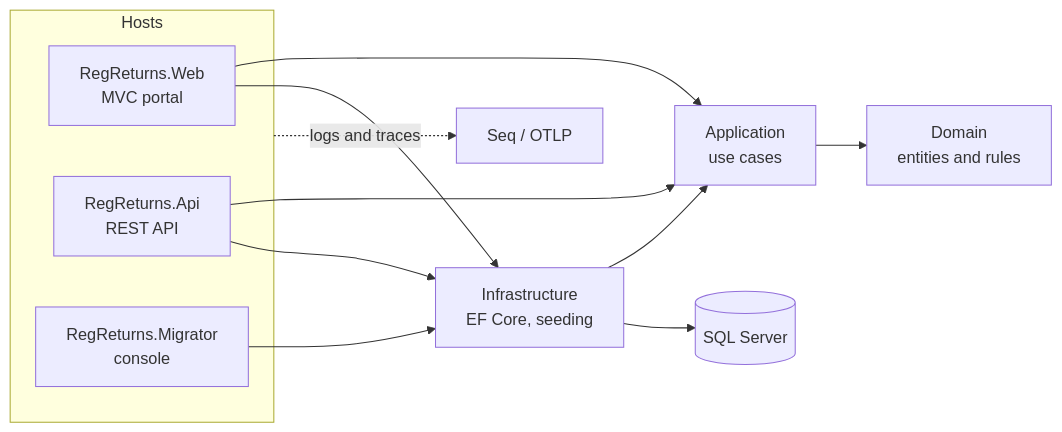
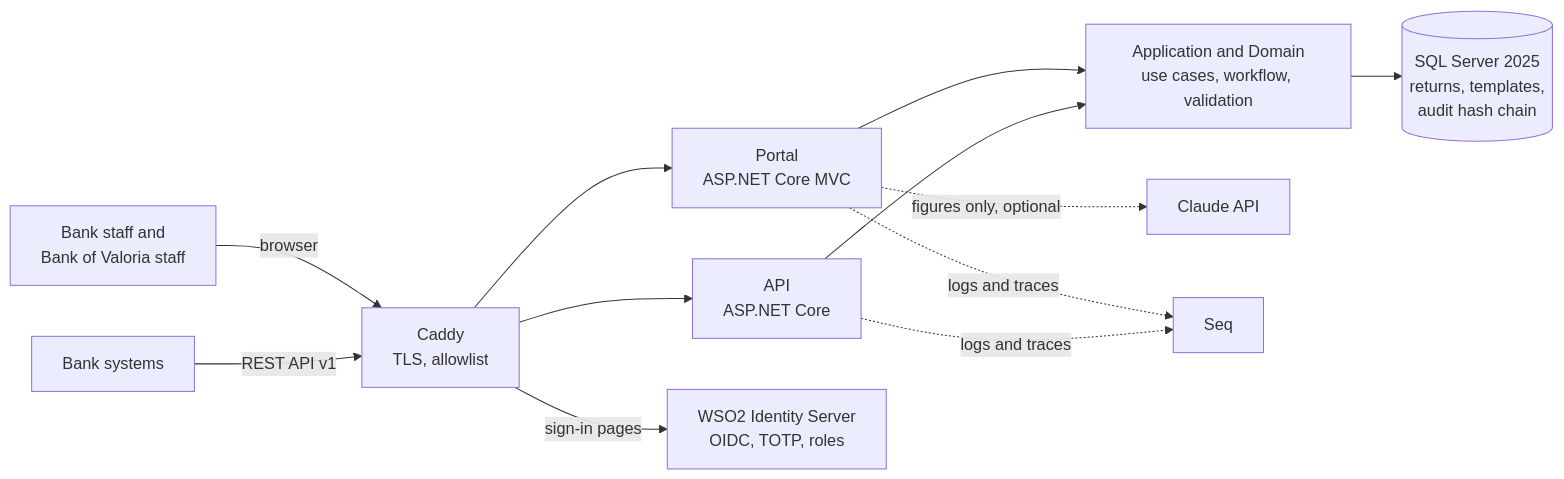
Before and after one commit to rovindu12/regreturns-portal: the diagram in README.md, drawn with Mermaid. The commit also changed other lines of this file and 32 other files, not shown here.

````diff
--- a/README.md
+++ b/README.md
@@ -14,17 +55,14 @@
 ```mermaid
 flowchart LR
-    subgraph Hosts
-        Web[RegReturns.Web<br/>MVC portal]
-        Api[RegReturns.Api<br/>REST API]
-        Mig[RegReturns.Migrator<br/>console]
-    end
-    Web --> App[Application<br/>use cases]
-    Api --> App
-    Mig --> Infra
-    App --> Domain[Domain<br/>entities and rules]
-    Infra[Infrastructure<br/>EF Core, seeding] --> App
-    Web --> Infra
-    Api --> Infra
-    Infra --> SQL[(SQL Server)]
-    Hosts -. logs and traces .-> Seq[Seq / OTLP]
+    people["Bank staff and<br/>Bank of Valoria staff"] -- "browser" --> caddy["Caddy<br/>TLS, allowlist"]
+    banksys["Bank systems"] -- "REST API v1" --> caddy
+    caddy --> web["Portal<br/>ASP.NET Core MVC"]
+    caddy --> api["API<br/>ASP.NET Core"]
+    caddy -- "sign-in pages" --> wso2["WSO2 Identity Server<br/>OIDC, TOTP, roles"]
+    web --> app["Application and Domain<br/>use cases, workflow, validation"]
+    api --> app
+    app --> sql[("SQL Server 2025<br/>returns, templates,<br/>audit hash chain")]
+    web -. "figures only, optional" .-> claude["Claude API"]
+    web -. "logs and traces" .-> seq["Seq"]
+    api -. "logs and traces" .-> seq
 ```
````
